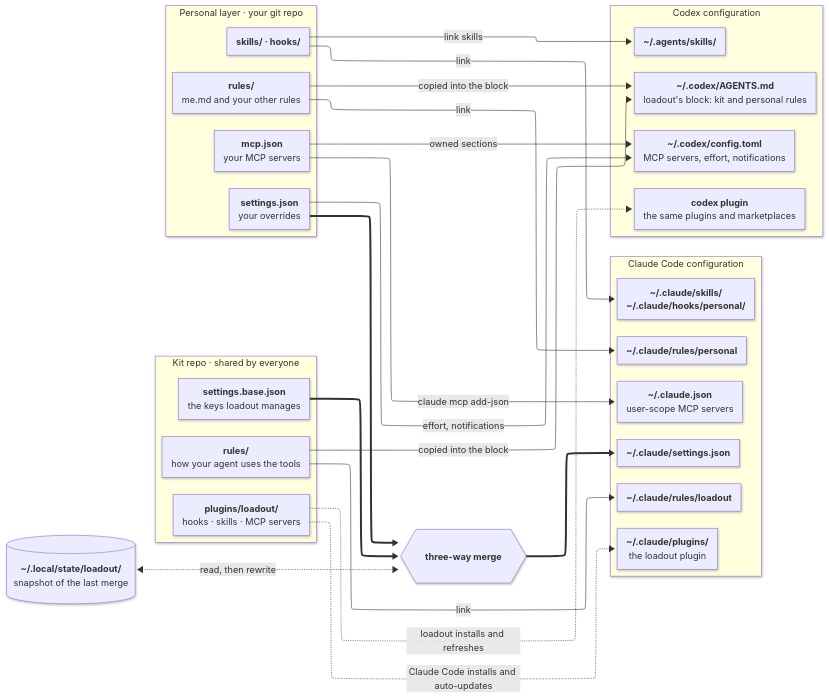
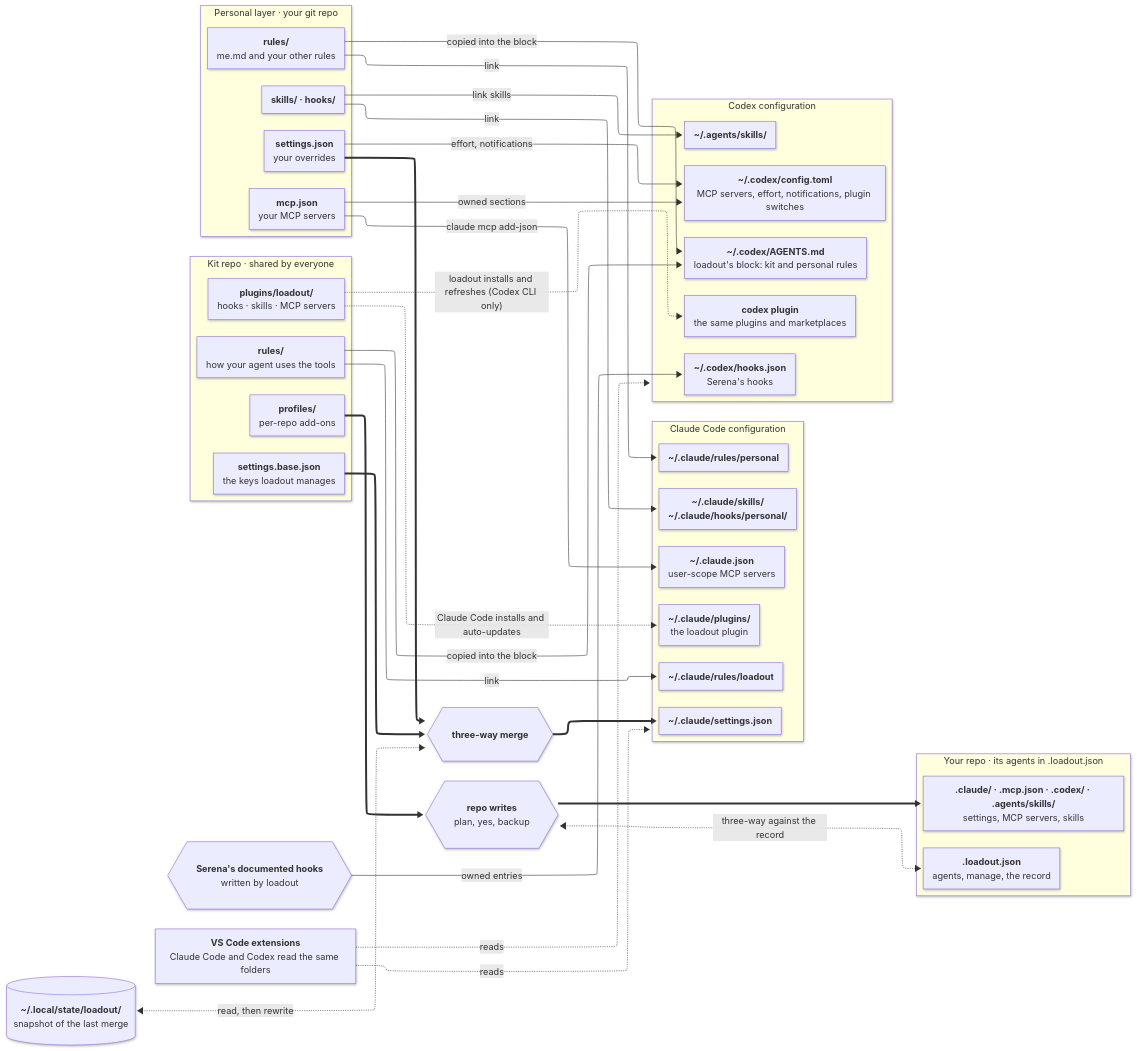
Before and after one commit to jonasyr/agent-loadout: the diagram in docs/diagrams/architecture-overview.mmd, drawn with Mermaid. The commit also changed 78 other files, not shown here.

Commit message:
docs: full audit after the VS Code work, with Pick your setup and three hint fixes (#52)

```diff
--- a/docs/diagrams/architecture-overview.mmd
+++ b/docs/diagrams/architecture-overview.mmd
@@ -1,88 +1,118 @@
 ---
 config:
   look: neo
   layout: elk
   flowchart:
     curve: basis
     nodeSpacing: 24
     rankSpacing: 80
     wrappingWidth: 320
 ---
 flowchart LR
   subgraph KIT["Kit repo · shared by everyone"]
     direction TB
     kPlugin["`**plugins/loadout/**
     hooks · skills · MCP servers`"]
     kRules["`**rules/**
     how your agent uses the tools`"]
     kBase["`**settings.base.json**
     the keys loadout manages`"]
+    kProf["`**profiles/**
+    per-repo add-ons`"]
   end
 
   subgraph PER["Personal layer · your git repo"]
     direction TB
     pRules["`**rules/**
     me.md and your other rules`"]
     pSkills["`**skills/ · hooks/**`"]
     pSet["`**settings.json**
     your overrides`"]
     pMcp["`**mcp.json**
     your MCP servers`"]
   end
 
   merge{{"`**three-way merge**`"}}
   snap[("`**~/.local/state/loadout/**
   snapshot of the last merge`")]
 
   subgraph CC["Claude Code configuration"]
     direction TB
     cPlugin["`**~/.claude/plugins/**
     the loadout plugin`"]
     cRulesK["`**~/.claude/rules/loadout**`"]
     cRulesP["`**~/.claude/rules/personal**`"]
     cSkills["`**~/.claude/skills/**
     **~/.claude/hooks/personal/**`"]
     cSet["`**~/.claude/settings.json**`"]
     cMcp["`**~/.claude.json**
     user-scope MCP servers`"]
   end
 
   subgraph CX["Codex configuration"]
     direction TB
     xPlugin["`**codex plugin**
     the same plugins and marketplaces`"]
     xAgents["`**~/.codex/AGENTS.md**
     loadout's block: kit and personal rules`"]
     xConf["`**~/.codex/config.toml**
-    MCP servers, effort, notifications`"]
+    MCP servers, effort, notifications, plugin switches`"]
+    xHooks["`**~/.codex/hooks.json**
+    Serena's hooks`"]
     xSkills["`**~/.agents/skills/**`"]
+  end
+
+  serena{{"`**Serena's documented hooks**
+  written by loadout`"}}
+
+  vsc["`**VS Code extensions**
+  Claude Code and Codex read the same folders`"]
+
+  plan{{"`**repo writes**
+  plan, yes, backup`"}}
+
+  subgraph REPO["Your repo · its agents in .loadout.json"]
+    direction TB
+    rCfg["`**.loadout.json**
+    agents, manage, the record`"]
+    rFiles["`**.claude/ · .mcp.json · .codex/ · .agents/skills/**
+    settings, MCP servers, skills`"]
   end
 
   kPlugin -. "Claude Code installs and auto-updates" .-> cPlugin
   kRules -- link --> cRulesK
   pRules -- link --> cRulesP
   pSkills -- link --> cSkills
   kBase e4@==> merge
   pSet e5@==> merge
   snap <-. "read, then rewrite" .-> merge
   merge e7@==> cSet
   pMcp -- "claude mcp add-json" --> cMcp
-  kPlugin -. "loadout installs and refreshes" .-> xPlugin
+  kPlugin -. "loadout installs and refreshes (Codex CLI only)" .-> xPlugin
+  serena -- "owned entries" --> xHooks
   kRules -- "copied into the block" --> xAgents
   pRules -- "copied into the block" --> xAgents
   pSkills -- "link skills" --> xSkills
   pMcp -- "owned sections" --> xConf
   pSet -- "effort, notifications" --> xConf
+  vsc e16@-. reads .-> CC
+  vsc e17@-. reads .-> CX
+  kProf e18@==> plan
+  plan e19@==> rFiles
+  plan <-. "three-way against the record" .-> rCfg
 
-  class kPlugin,kRules,kBase kit
+  class kPlugin,kRules,kBase,kProf kit
   class pRules,pSkills,pSet,pMcp personal
   class cPlugin,cRulesK,cRulesP,cSkills,cSet,cMcp claude
-  class merge engine
-  class snap state
+  class merge,plan,serena engine
+  class snap,vsc state
+  class rCfg,rFiles local
   class KIT kitGroup
   class PER personalGroup
   class CC claudeGroup
-  class xPlugin,xAgents,xConf,xSkills codex
+  class xPlugin,xAgents,xConf,xHooks,xSkills codex
   class CX codexGroup
-  class e4,e5,e7 emph
+  class REPO engineGroup
+  class e4,e5,e7,e18,e19 emph
+  class e16,e17 muted
 %% palette
```
